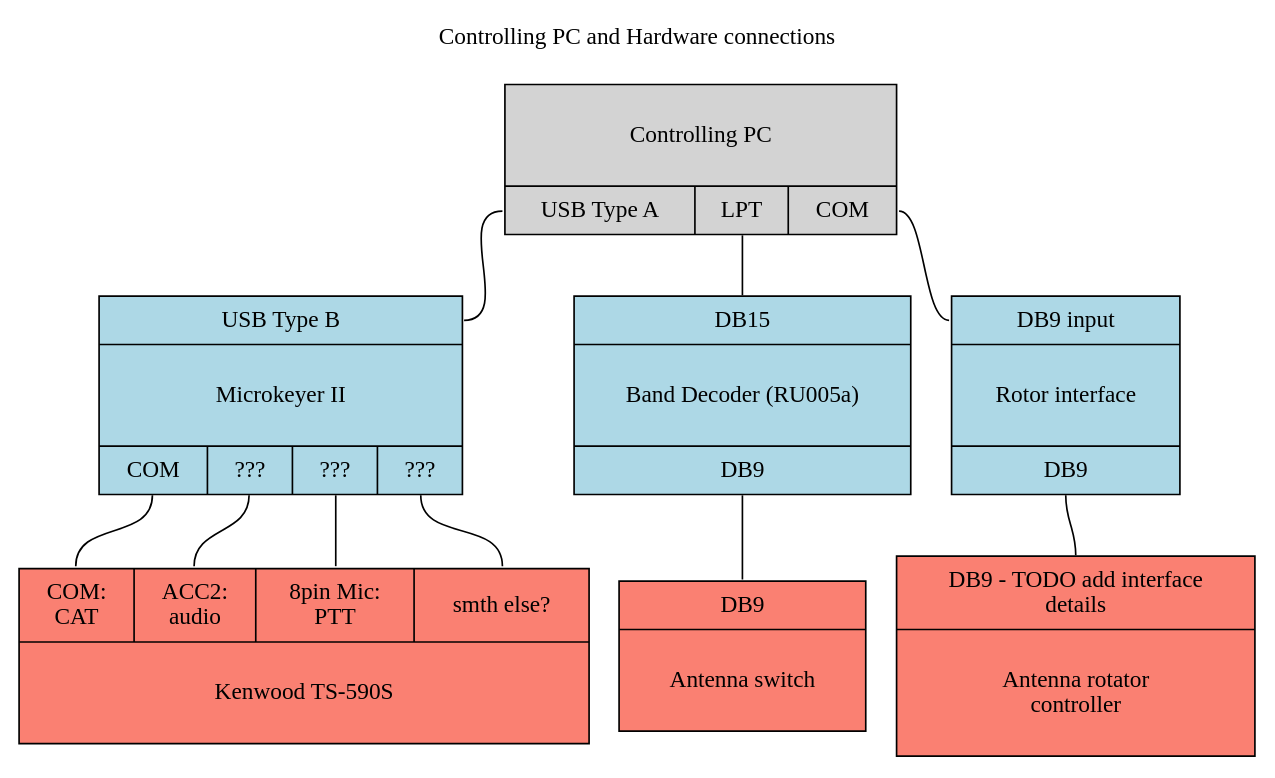
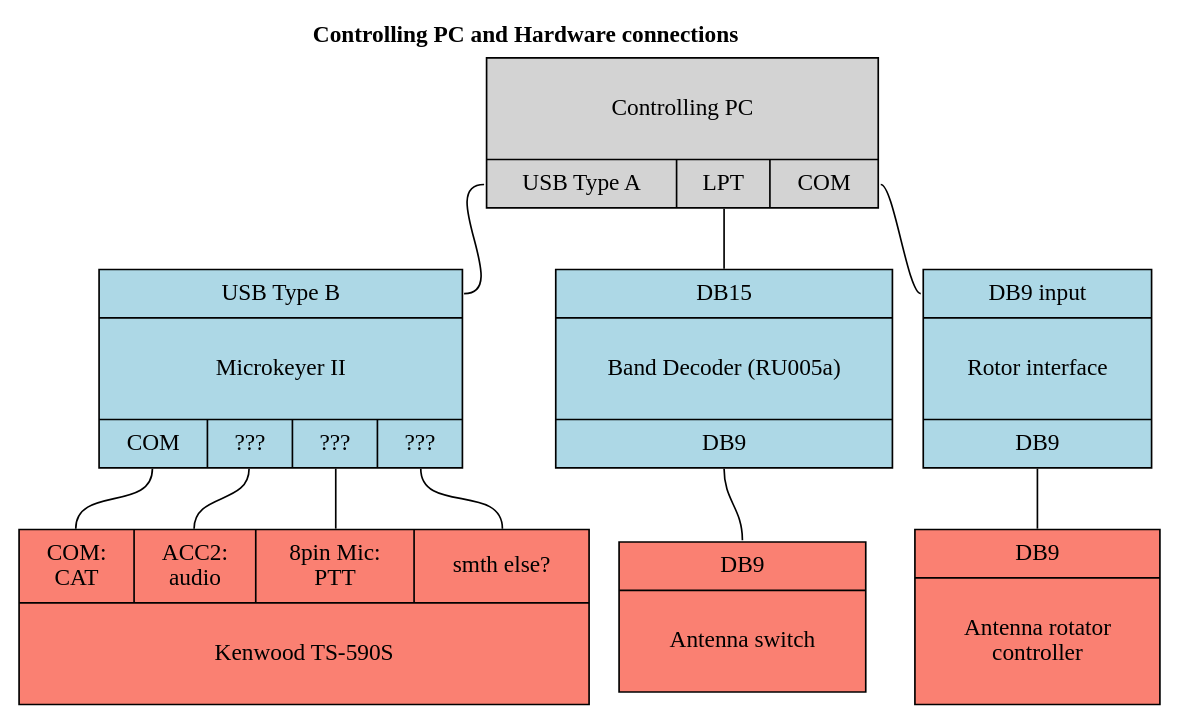
One commit to isemichastnov/hamradio changed the diagram in rk5d-remote/gv/hw.gv. Above: the diagram before and after it, drawn with Graphviz. The commit also changed 8 other files, not shown here.

```diff
--- a/rk5d-remote/gv/hw.gv
+++ b/rk5d-remote/gv/hw.gv
@@ -1,36 +1,35 @@
 digraph Arch {
     node [shape = rect, margin = "0.2,0.1"]
-    //    edge [arrowhead = box, arrowtail = box, dir = both]
     edge [arrowhead = none]
     labelloc = top
 
-    label = "Controlling PC and Hardware connections\n\r"
+    label = <<b>Controlling PC and Hardware connections</b>>
 
     pc [shape = record, style = filled, label = "{ \nControlling PC\n\r | { <usbA>USB Type A |  <lpt>LPT | <com>COM } }"]
 
     microham [shape = record, style = filled, fillcolor = lightblue, label = "{ <usbB>USB Type B | \nMicrokeyer II\n\r |  { <com>COM | <smth>??? | <smth2>??? | <smth3> ???} }"];
 
     ru005 [shape = record, style = filled, fillcolor = lightblue, label = "{<db15> DB15 | \nBand Decoder (RU005a)\n\r | <db9>DB9 }"]
 
     rotorController [shape = record, style = filled, fillcolor = lightblue, label = "{<input> DB9 input | \nRotor interface\n\r | <output>DB9 }"] //todo check if it's really connected to COM or is it an internal device?
 
     kenwood [shape = record, style = filled, fillcolor = salmon, label = "{ { <com>COM:\nCAT | <acc2>ACC2:\naudio | <mic>8pin Mic:\nPTT | <smth> smth else? }  | \nKenwood TS-590S\n\r }"];
 
     antennaSwitch [shape = record, style = filled, fillcolor = salmon, label = "{ <db9>DB9 | \n Antenna switch \n\r }"]
 
-    rotor [shape = record, style = filled, fillcolor = salmon, label = "{ <input>DB9 - TODO add interface\ndetails | \n Antenna rotator\ncontroller \n\r }"]
+    rotor [shape = record, style = filled, fillcolor = salmon, label = "{ <input>DB9 | \n Antenna rotator\ncontroller \n\r }"]
 
     //////////
 
     pc: usbA -> microham: usbB
     pc: lpt -> ru005: db15
     pc: com -> rotorController:input
     microham: com -> kenwood: com
     microham: smth -> kenwood: acc2 //TODO check if there's smth else not just audio
     microham: smth2 -> kenwood: mic //TODO
     microham: smth3 -> kenwood: smth //TODO
     ru005: db9 -> antennaSwitch: db9
     rotorController:output -> rotor:input
 
 
 }
```
